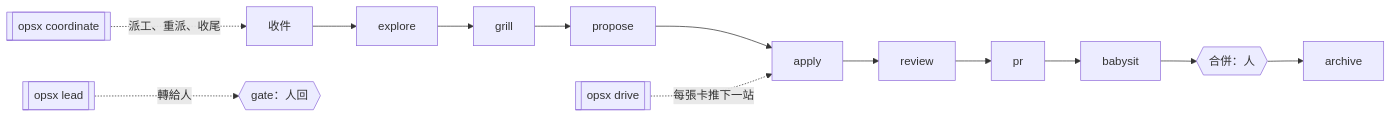
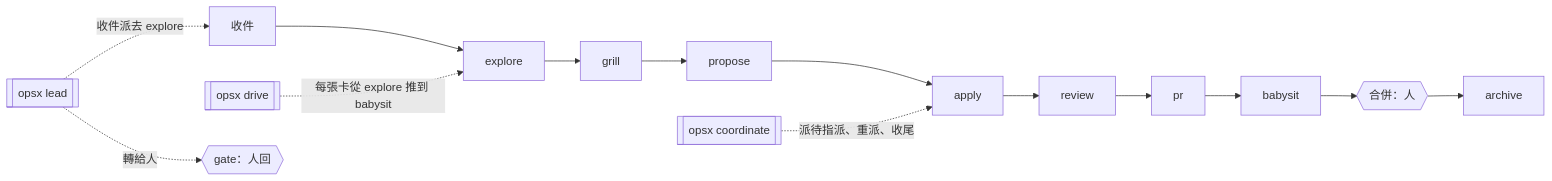
One commit to Mikaelaaaaa/JustShipIt changed the diagram in README.md. Above: the diagram before and after it, drawn with Mermaid. The commit also changed other lines of this file and 1 other file, not shown here.

````diff
--- a/README.md
+++ b/README.md
@@ -51,10 +51,11 @@
 ```mermaid
 flowchart LR
   inbox[收件] --> explore --> grill --> propose --> apply --> review --> pr
   pr --> babysit
   babysit --> human{{合併：人}}
   human --> archive
-  drive[[opsx drive]] -. 每張卡推下一站 .-> apply
-  coord[[opsx coordinate]] -. 派工、重派、收尾 .-> inbox
-  lead[[opsx lead]] -. 轉給人 .-> gate{{gate：人回}}
+  drive[[opsx drive]] -. 每張卡從 explore 推到 babysit .-> explore
+  coord[[opsx coordinate]] -. 派待指派、重派、收尾 .-> apply
+  lead[[opsx lead]] -. 收件派去 explore .-> inbox
+  lead -. 轉給人 .-> gate{{gate：人回}}
 ```
````
